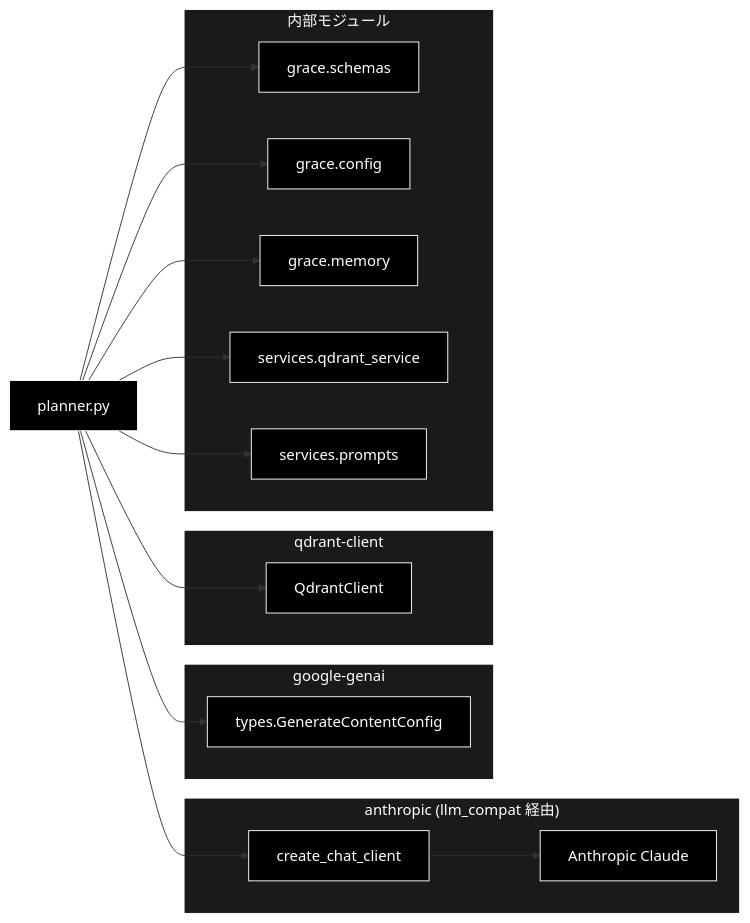
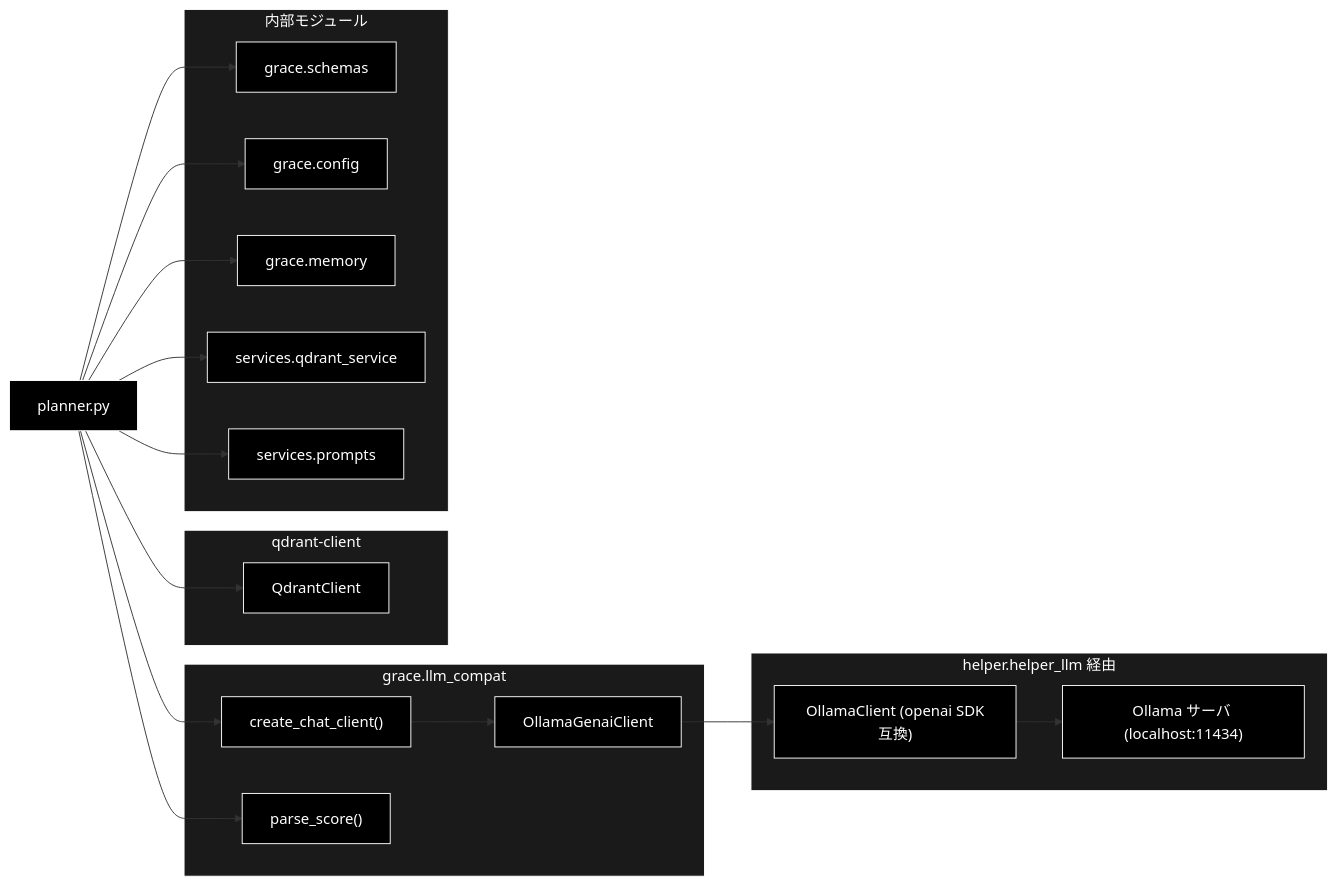
One commit to nakashima2toshio/grace_v2_local changed the third of 3 diagrams in grace/docs/planner.md. Above: the diagram before and after it, drawn with Mermaid. The commit also changed other lines of this file and 2 other files, not shown here.

First line of the commit message:
docs(grace/backend): planner・confidence・gates を実装に追いつかせる

````diff
--- a/grace/docs/planner.md
+++ b/grace/docs/planner.md
@@ -1098,42 +1157,46 @@
 ```mermaid
 flowchart LR
     PLANNER["planner.py"]
 
-    subgraph ANTHROPIC["anthropic (llm_compat 経由)"]
-        CLIENT["create_chat_client"]
-        CLAUDE["Anthropic Claude"]
+    subgraph LLMCOMPAT["grace.llm_compat"]
+        CLIENT["create_chat_client()"]
+        OLLAMACLIENT["OllamaGenaiClient"]
+        SCORE["parse_score()"]
     end
 
-    subgraph GENAI["google-genai"]
-        TYPES["types.GenerateContentConfig"]
+    subgraph OLLAMA["helper.helper_llm 経由"]
+        HELPERLLM["OllamaClient (openai SDK互換)"]
+        OLLAMASRV["Ollama サーバ (localhost:11434)"]
     end
 
     subgraph QDRANT["qdrant-client"]
         QC["QdrantClient"]
     end
 
     subgraph INTERNAL["内部モジュール"]
         SCHEMAS["grace.schemas"]
         CONFIG["grace.config"]
         MEMORY["grace.memory"]
         QSVC["services.qdrant_service"]
         PROMPTS["services.prompts"]
     end
 
     PLANNER --> CLIENT
-    CLIENT --> CLAUDE
-    PLANNER --> TYPES
+    PLANNER --> SCORE
+    CLIENT --> OLLAMACLIENT
+    OLLAMACLIENT --> HELPERLLM
+    HELPERLLM --> OLLAMASRV
     PLANNER --> QC
     PLANNER --> SCHEMAS
     PLANNER --> CONFIG
     PLANNER --> MEMORY
     PLANNER --> QSVC
     PLANNER --> PROMPTS
 classDef default fill:#000,stroke:#fff,color:#fff
 classDef subgraphStyle fill:#1a1a1a,stroke:#fff,color:#fff
-class PLANNER,CLIENT,CLAUDE,TYPES,QC,SCHEMAS,CONFIG,MEMORY,QSVC,PROMPTS default
-style ANTHROPIC fill:#1a1a1a,stroke:#fff,color:#fff
-style GENAI fill:#1a1a1a,stroke:#fff,color:#fff
+class PLANNER,CLIENT,OLLAMACLIENT,SCORE,HELPERLLM,OLLAMASRV,QC,SCHEMAS,CONFIG,MEMORY,QSVC,PROMPTS default
+style LLMCOMPAT fill:#1a1a1a,stroke:#fff,color:#fff
+style OLLAMA fill:#1a1a1a,stroke:#fff,color:#fff
 style QDRANT fill:#1a1a1a,stroke:#fff,color:#fff
 style INTERNAL fill:#1a1a1a,stroke:#fff,color:#fff
 ```
````
